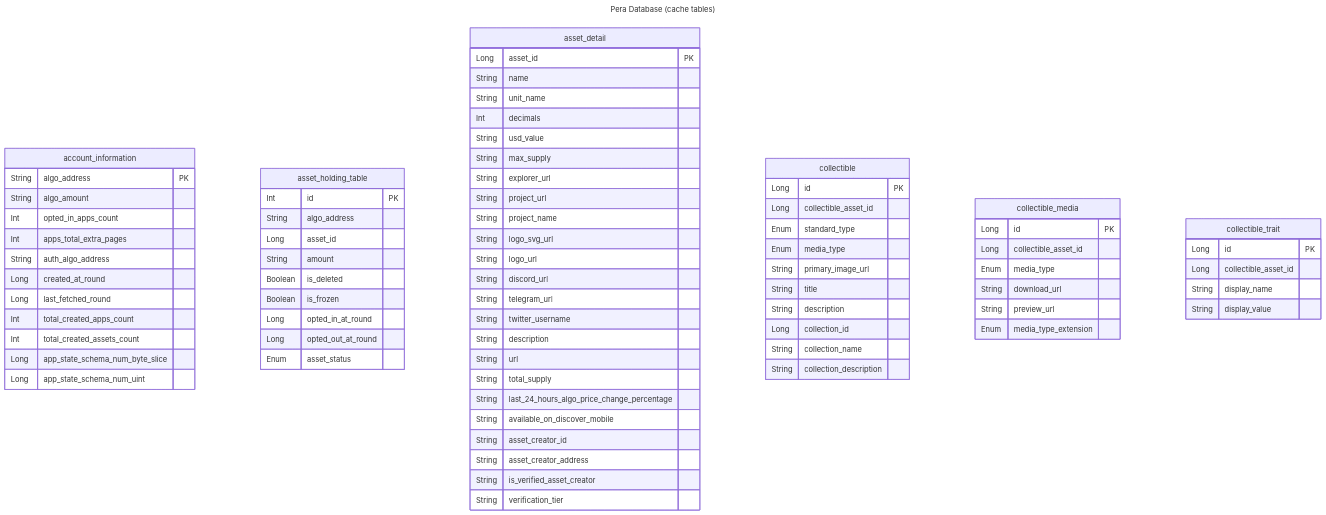
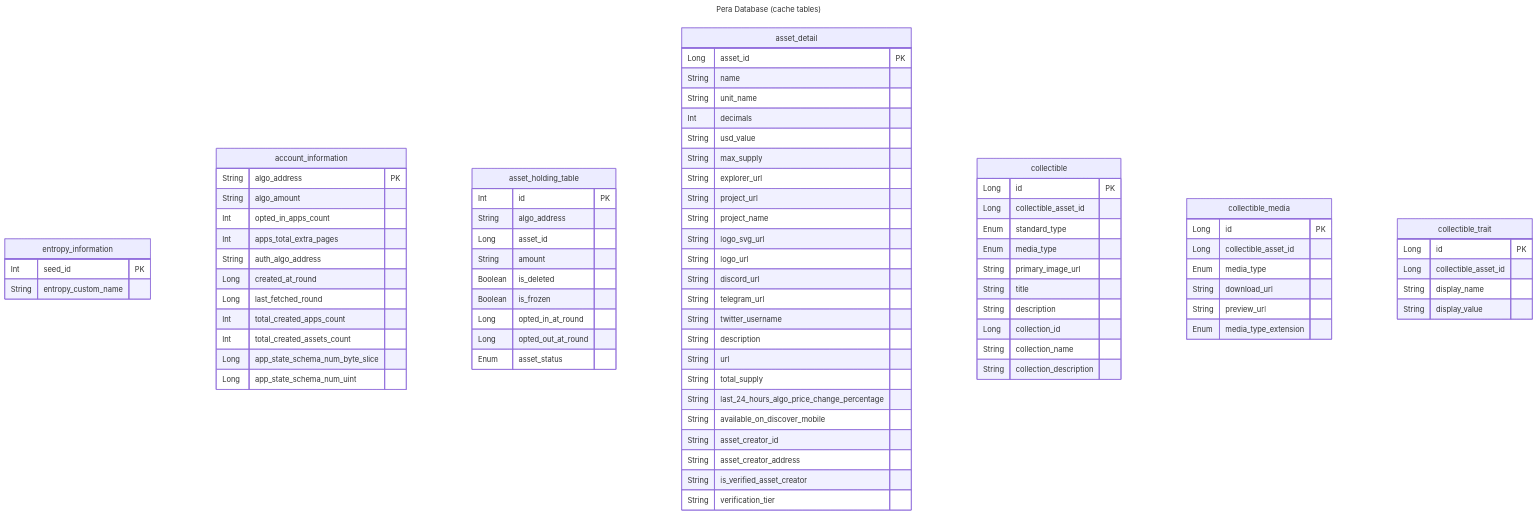
Before and after one commit to perawallet/pera-android: the fifth of 5 diagrams in ARCHITECTURE.md, drawn with Mermaid. The commit also changed 147 other files, not shown here.

```diff
--- a/ARCHITECTURE.md
+++ b/ARCHITECTURE.md
@@ -215,6 +214,10 @@
 title: Pera Database (cache tables)
 ---
 erDiagram
+    entropy_information {
+        Int seed_id PK
+        String entropy_custom_name
+    }
     account_information {
         String algo_address PK
         String algo_amount
```
